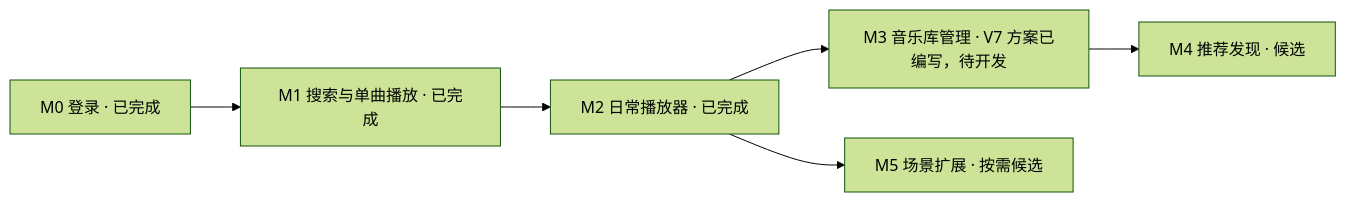
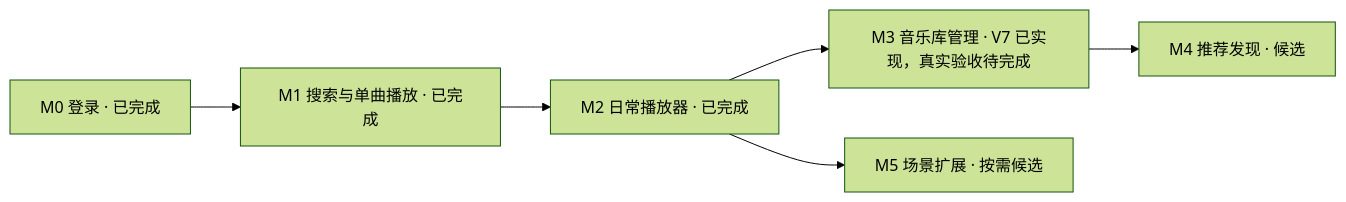
Before and after one commit to crownclowngx/myavalonia-music-netease: the diagram in docs/roadmap/netease-capability-roadmap.md, drawn with Mermaid (forest theme). The commit also changed other lines of this file and 24 other files, not shown here.

````diff
--- a/docs/roadmap/netease-capability-roadmap.md
+++ b/docs/roadmap/netease-capability-roadmap.md
@@ -28,8 +28,8 @@
 ```mermaid
 flowchart LR
     M0["M0 登录 · 已完成"] --> M1["M1 搜索与单曲播放 · 已完成"]
     M1 --> M2["M2 日常播放器 · 已完成"]
-    M2 --> M3["M3 音乐库管理 · V7 方案已编写，待开发"]
+    M2 --> M3["M3 音乐库管理 · V7 已实现，真实验收待完成"]
     M3 --> M4["M4 推荐发现 · 候选"]
     M2 --> M5["M5 场景扩展 · 按需候选"]
 ```
````
